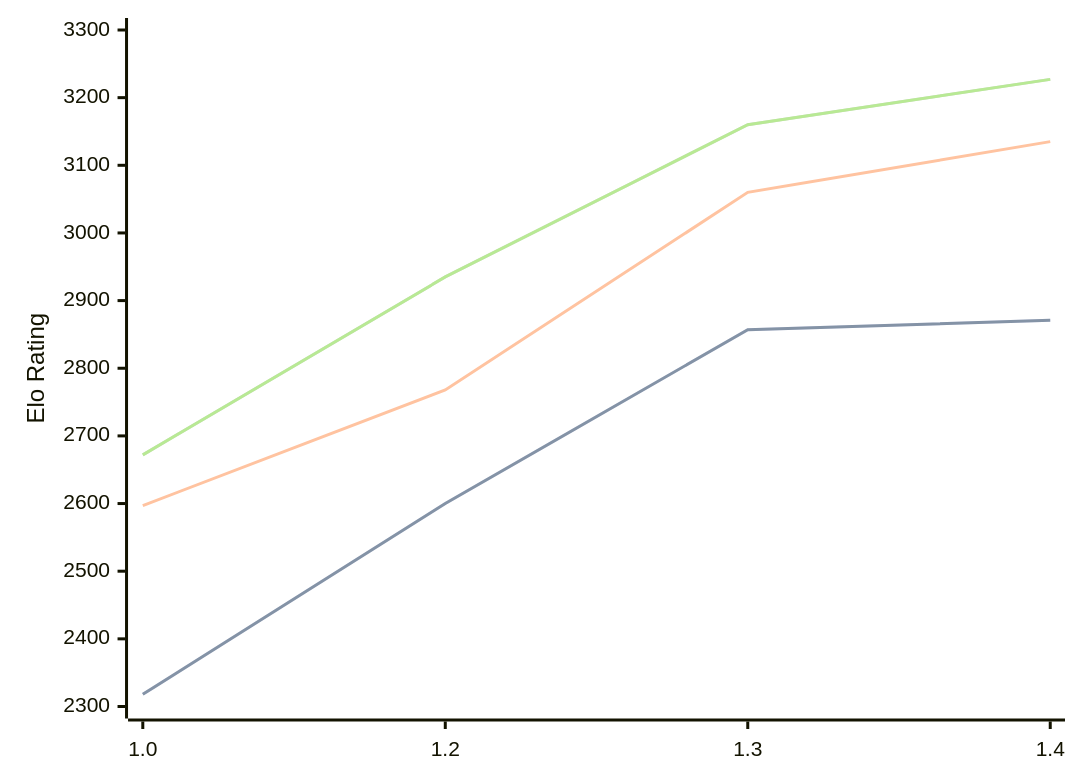
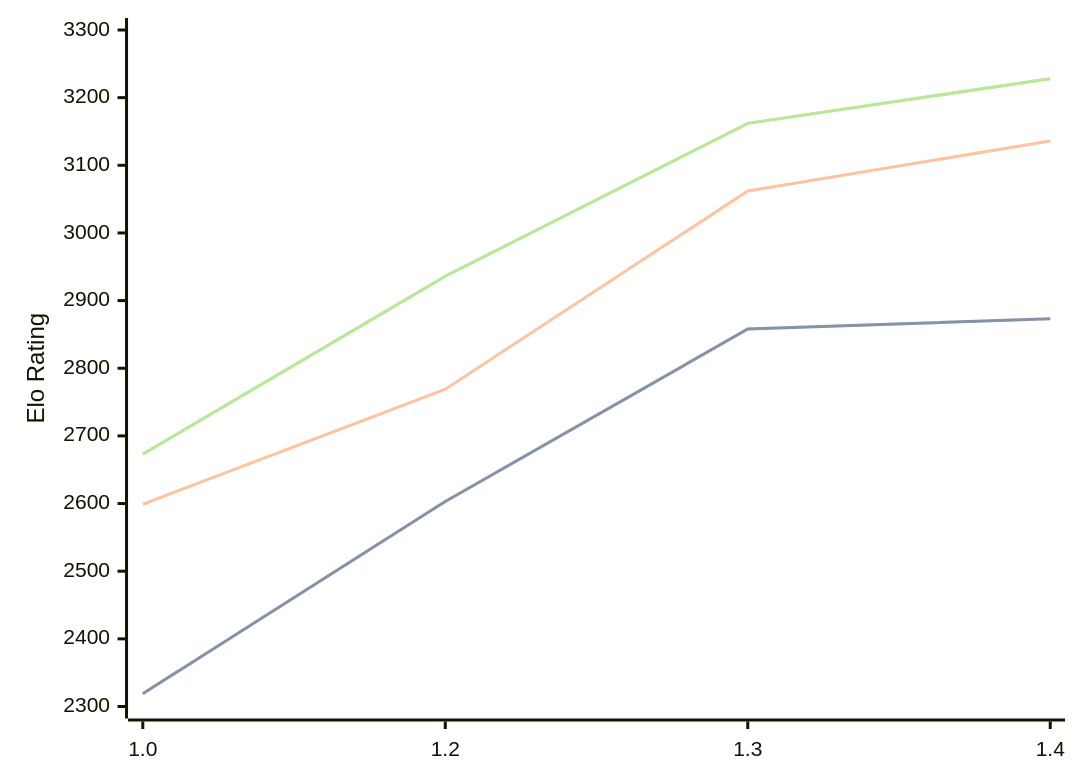
The diagram in engines/Chessnix.md (computer-chess-index/cci), drawn with Mermaid before and after one commit. The commit also changed other lines of this file, not shown here.

Commit message:
Update CCI Ratings (ELO VLTC) - 2026-08-22

````diff
--- a/engines/Chessnix.md
+++ b/engines/Chessnix.md
@@ -34,11 +34,11 @@
 ```mermaid
 %%{init: {"theme":"base","themeVariables":{"seriesColors:['#a3a3a3','#222221','#faa371']}}}%%
 xychart-beta
   x-axis ["1.0", "1.2", "1.3", "1.4"]
   y-axis "Elo Rating" 2300 --> 3300
-  line "STC (8.0+0.08s)" [2318, 2600, 2857, 2871]
-  line "STC (8.0+0.08s)" [2318, 2600, 2857, 2871]
-  line "LTC (60.0+0.60s)" [2597, 2768, 3060, 3135]
-  line "VLTC (2m24s+1.12s)" [2672, 2935, 3160, 3227]
-  line "VLTC (2m24s+1.12s)" [2672, 2935, 3160, 3227]
+  line "STC (8.0+0.08s)" [2319, 2603, 2858, 2873]
+  line "STC (8.0+0.08s)" [2319, 2603, 2858, 2873]
+  line "LTC (60.0+0.60s)" [2599, 2769, 3062, 3136]
+  line "VLTC (2m24s+1.12s)" [2673, 2936, 3162, 3228]
+  line "VLTC (2m24s+1.12s)" [2673, 2936, 3162, 3228]
 ```
````
